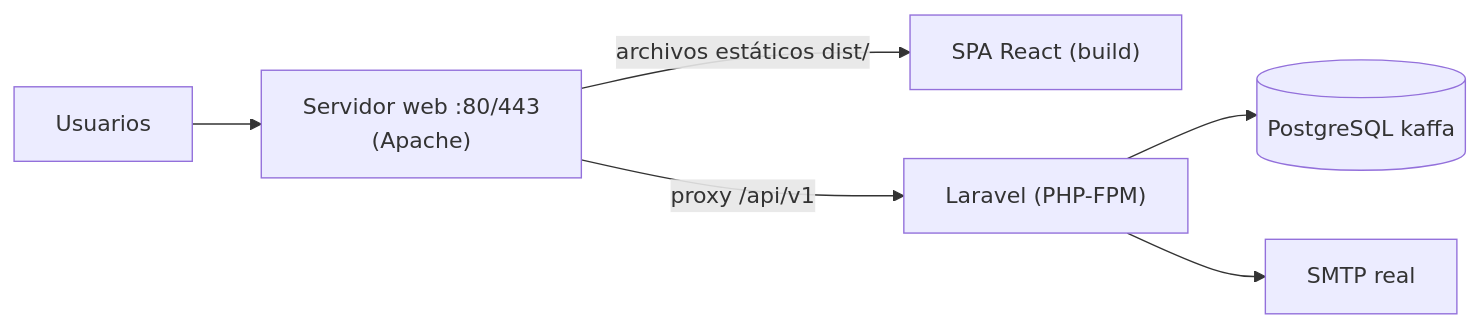
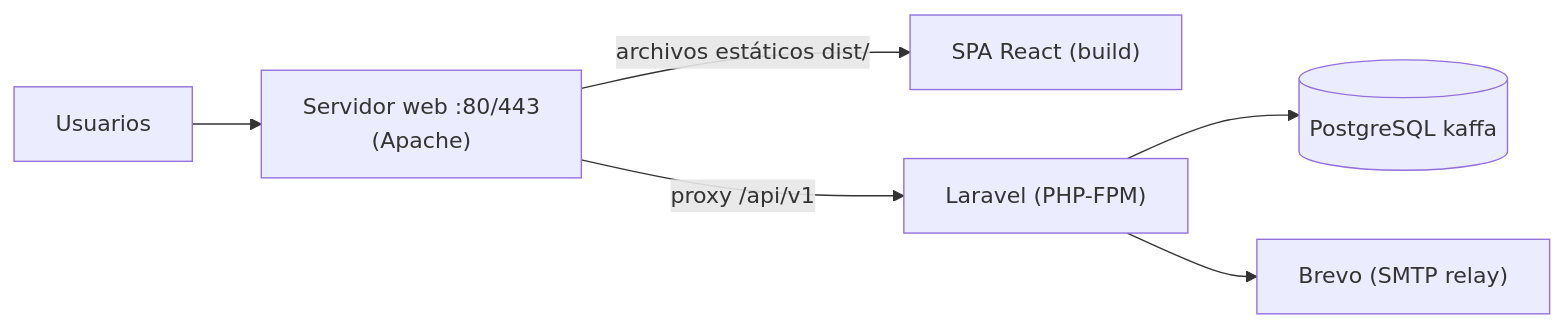
One commit to jjsch2008/Documentacion_Kaffa changed the diagram in 07-despliegue.md. Above: the diagram before and after it, drawn with Mermaid. The commit also changed other lines of this file and 14 other files, not shown here.

````diff
--- a/07-despliegue.md
+++ b/07-despliegue.md
@@ -20,8 +20,8 @@
 ```mermaid
 flowchart LR
     U["Usuarios"] --> W["Servidor web :80/443<br/>(Apache)"]
     W -->|"archivos estáticos dist/"| SPA["SPA React (build)"]
     W -->|"proxy /api/v1"| L["Laravel (PHP-FPM)"]
     L --> PG[("PostgreSQL kaffa")]
-    L --> SMTP["SMTP real"]
+    L --> SMTP["Brevo (SMTP relay)"]
 ```
````
